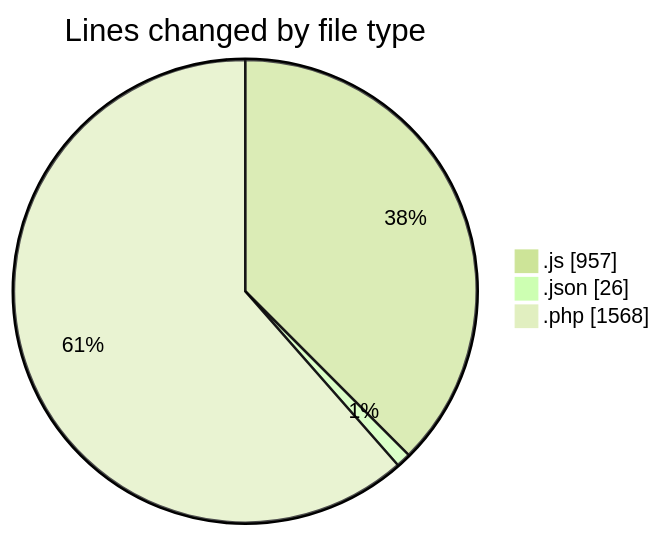
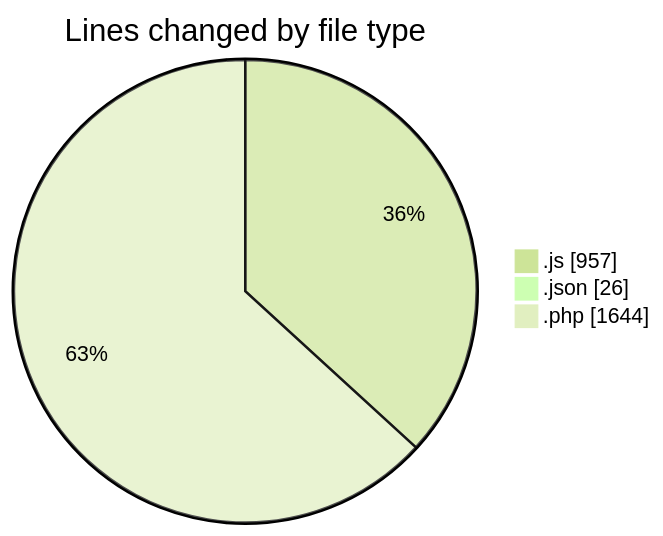
One commit to debugP/code-tracking changed the first of 2 diagrams in 2025-10-01/untitled__workspace_/README.md. Above: the diagram before and after it, drawn with Mermaid (forest theme). The commit also changed other lines of this file and 1 other file, not shown here.

````diff
--- a/2025-10-01/untitled__workspace_/README.md
+++ b/2025-10-01/untitled__workspace_/README.md
@@ -25,7 +26,7 @@
 ```mermaid
 pie showData
 title Lines changed by file type
 ".js" : 957
 ".json" : 26
-".php" : 1568
+".php" : 1644
 ```
````
